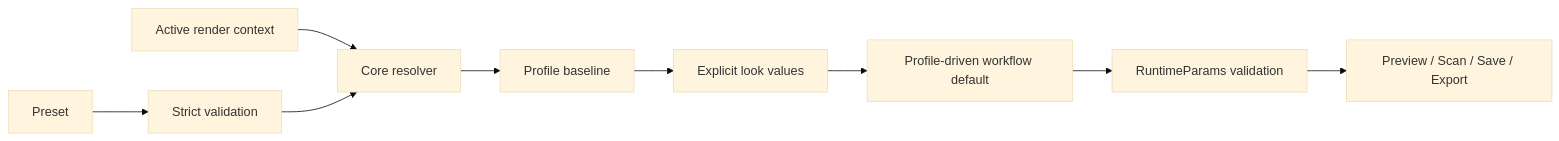
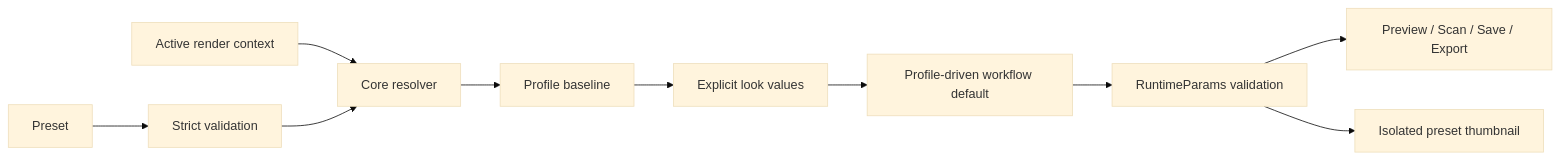
The second of 2 diagrams in specs/presets/spec.md (suraciii/spektrafilm-rs), drawn with Mermaid (base theme) before and after one commit. The commit also changed other lines of this file and 9 other files, not shown here.

````diff
--- a/specs/presets/spec.md
+++ b/specs/presets/spec.md
@@ -300,11 +347,12 @@
 ```mermaid
 flowchart LR
     P["Preset"] --> V["Strict validation"]
     C["Active render context"] --> R["Core resolver"]
     V --> R
     R --> B["Profile baseline"]
     B --> L["Explicit look values"]
     L --> W["Profile-driven workflow default"]
     W --> Q["RuntimeParams validation"]
     Q --> O["Preview / Scan / Save / Export"]
+    Q --> T["Isolated preset thumbnail"]
 ```
````
